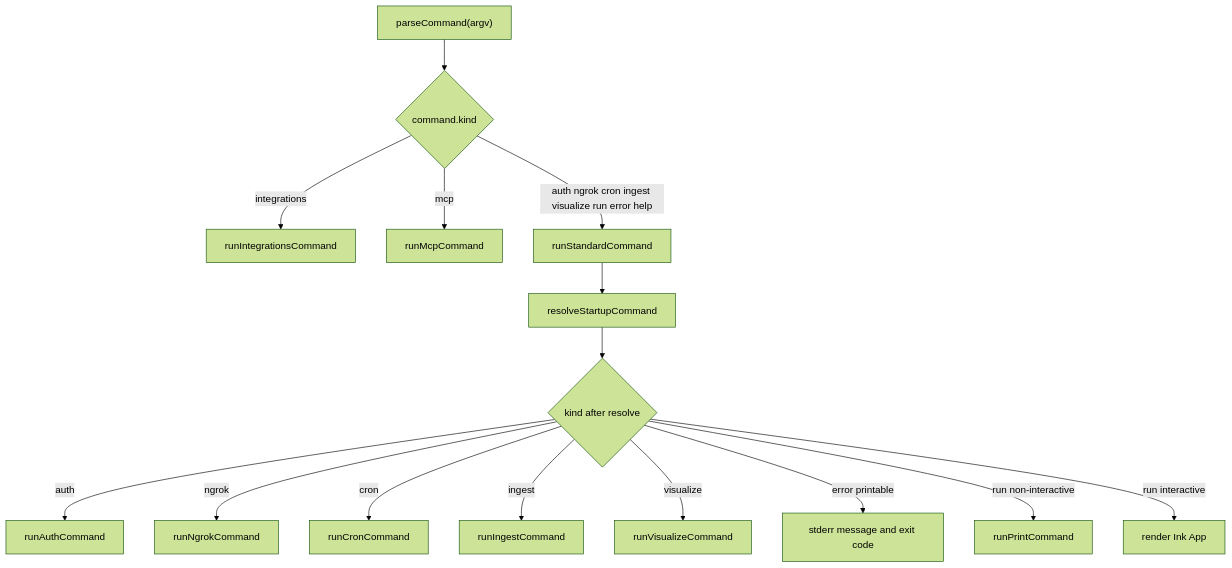
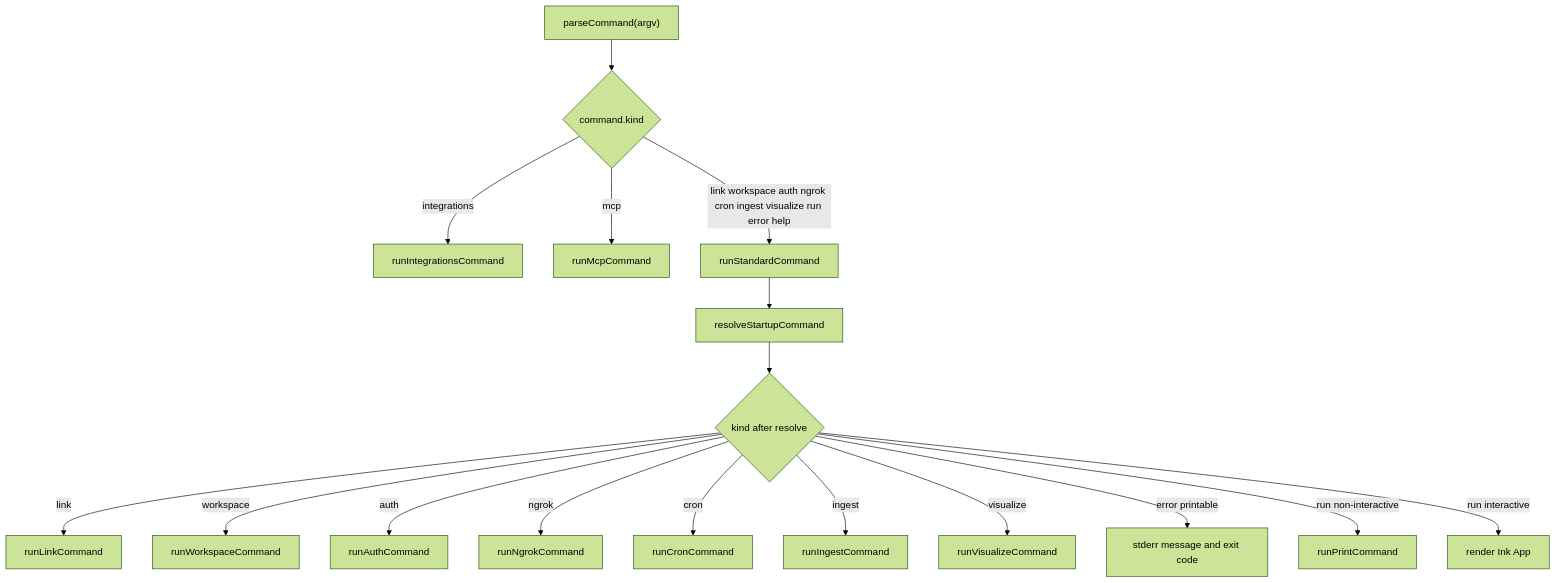
Before and after one commit to plaire48/llm_router_desktop: the diagram in packages/openwiki/openwiki/operations/cli-reference.md, drawn with Mermaid (forest theme). The commit also changed other lines of this file and 552 other files, not shown here.

````diff
--- a/packages/openwiki/openwiki/operations/cli-reference.md
+++ b/packages/openwiki/openwiki/operations/cli-reference.md
@@ -63,17 +69,19 @@
 ```mermaid
 flowchart TD
   A["parseCommand(argv)"] --> B{"command.kind"}
   B -->|integrations| C["runIntegrationsCommand"]
   B -->|mcp| D["runMcpCommand"]
-  B -->|auth ngrok cron ingest visualize run error help| E["runStandardCommand"]
+  B -->|link workspace auth ngrok cron ingest visualize run error help| E["runStandardCommand"]
   E --> F["resolveStartupCommand"]
   F --> G{"kind after resolve"}
+  G -->|link| LK["runLinkCommand"]
+  G -->|workspace| WS["runWorkspaceCommand"]
   G -->|auth| H["runAuthCommand"]
   G -->|ngrok| I["runNgrokCommand"]
   G -->|cron| J["runCronCommand"]
   G -->|ingest| K["runIngestCommand"]
-  G -->|visualize| L["runVisualizeCommand"]
+  G -->|visualize| V["runVisualizeCommand"]
   G -->|error printable| M["stderr message and exit code"]
   G -->|run non-interactive| N["runPrintCommand"]
   G -->|run interactive| O["render Ink App"]
 ```
````
